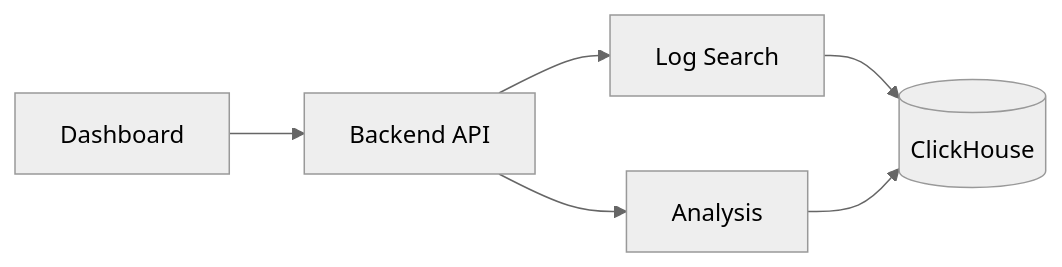
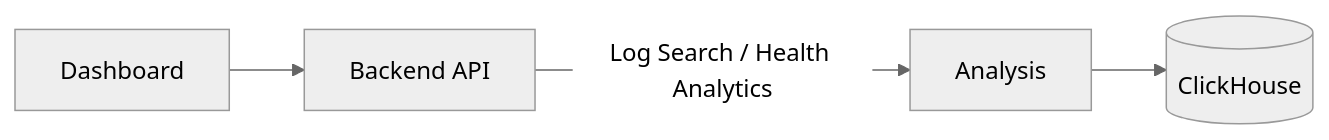
One commit to NgnTienDat/vanioak changed the sixth of 7 diagrams in docs/architecture/data-flow.md. Above: the diagram before and after it, drawn with Mermaid (neutral theme). The commit also changed other lines of this file and 71 other files, not shown here.

Commit message:
add(docs): finalize architecture and agent guidance

````diff
--- a/docs/architecture/data-flow.md
+++ b/docs/architecture/data-flow.md
@@ -128,6 +128,6 @@
 ```mermaid
 flowchart LR
     UI["Dashboard"] --> API["Backend API"]
-    API --> SEARCH["Log Search"] --> CH[("ClickHouse")]
-    API --> AN["Analysis"] --> CH
+    API -->|"Log Search / Health Analytics"| AN["Analysis"]
+    AN --> CH[("ClickHouse")]
 ```
````
